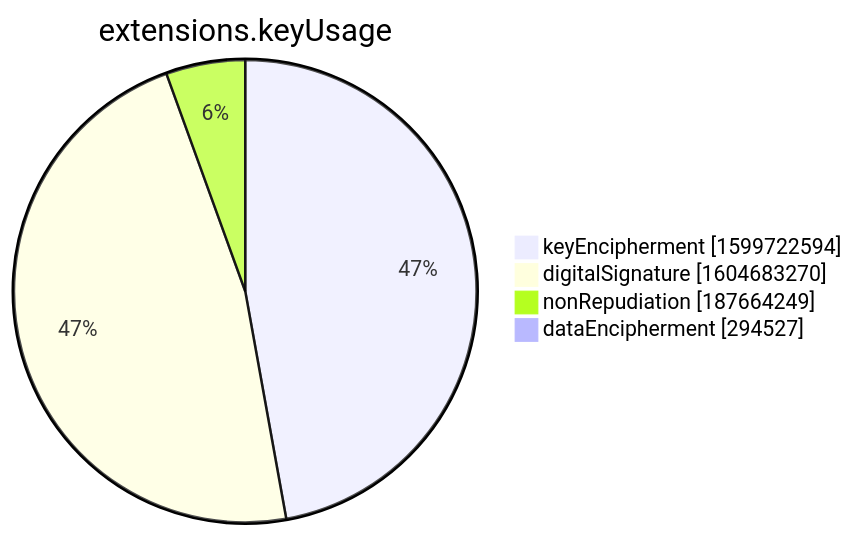
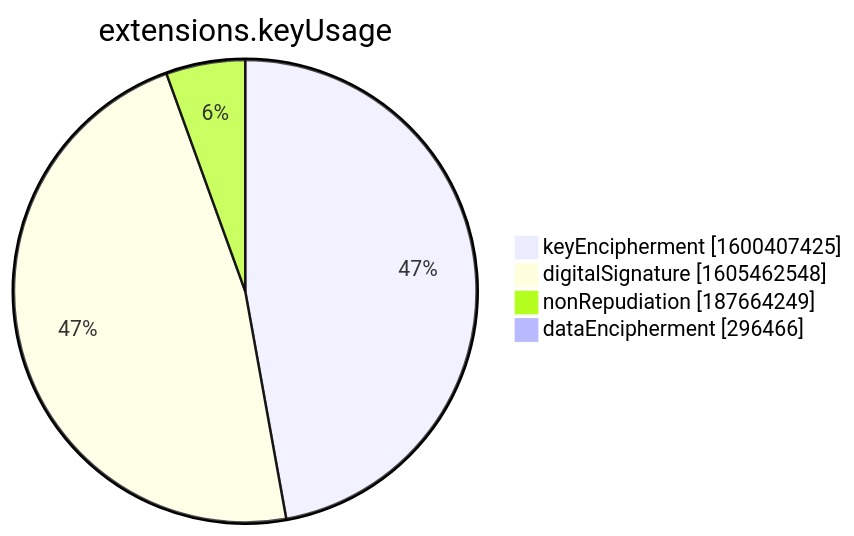
The seventh of 15 diagrams in xenon2022/README.md (christiankrug/ctmonitor_visualization), drawn with Mermaid before and after one commit. The commit also changed other lines of this file, not shown here.

````diff
--- a/xenon2022/README.md
+++ b/xenon2022/README.md
@@ -2854,8 +2854,8 @@
 ```mermaid
 pie showData
 title extensions.keyUsage
-"keyEncipherment" :1599722594
-"digitalSignature" :1604683270
+"keyEncipherment" :1600407425
+"digitalSignature" :1605462548
 "nonRepudiation" :187664249
-"dataEncipherment" :294527
+"dataEncipherment" :296466
 ```
````
